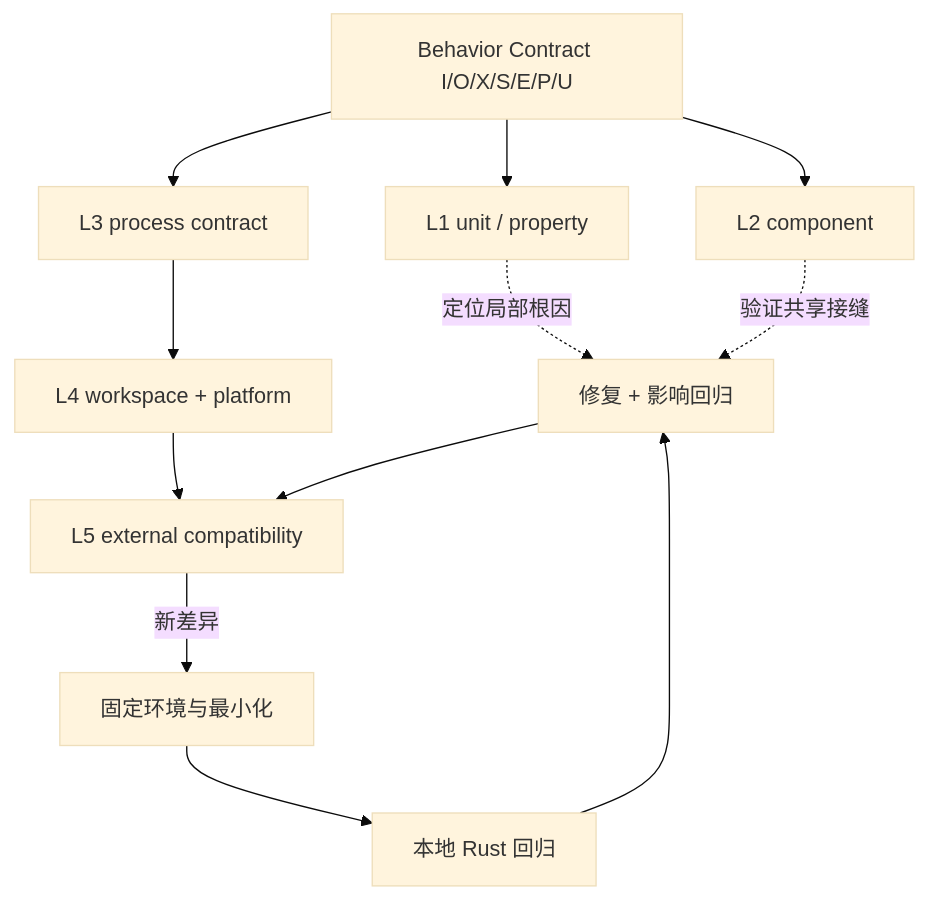
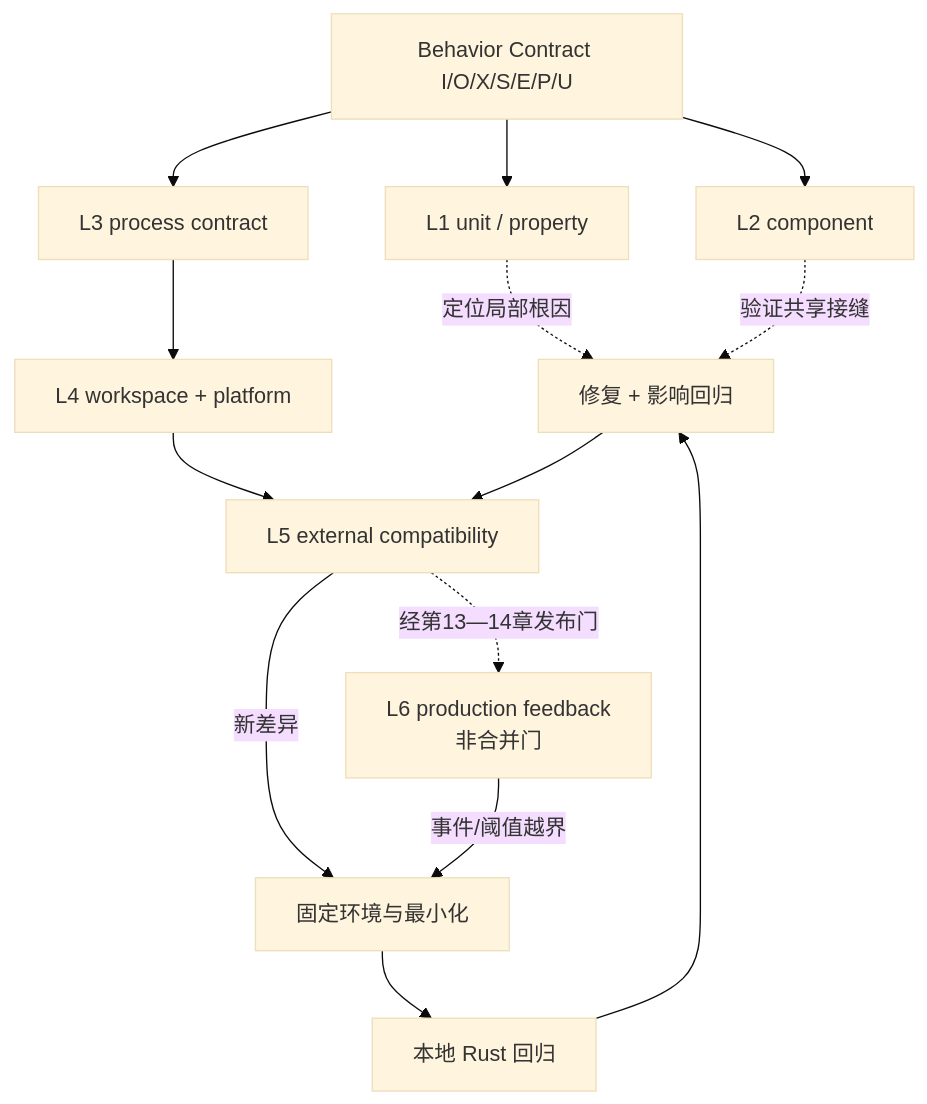
One commit to ZhangHanDong/coreutils changed the diagram in book/src/part3/ch08-test-layers.md. Above: the diagram before and after it, drawn with Mermaid (base theme). The commit also changed other lines of this file and 2 other files, not shown here.

````diff
--- a/book/src/part3/ch08-test-layers.md
+++ b/book/src/part3/ch08-test-layers.md
@@ -27,14 +28,16 @@
 ```mermaid
 flowchart TB
     K["Behavior Contract I/O/X/S/E/P/U"] --> U["L1 unit / property"]
     K --> C["L2 component"]
     K --> P["L3 process contract"]
     P --> W["L4 workspace + platform"]
     W --> X["L5 external compatibility"]
     X -->|"新差异"| T["固定环境与最小化"]
+    X -. "经第13—14章发布门" .-> D["L6 production feedback<br/>非合并门"]
+    D -->|"事件/阈值越界"| T
     T --> R["本地 Rust 回归"]
     R --> F["修复 + 影响回归"]
     F --> X
     U -. "定位局部根因" .-> F
     C -. "验证共享接缝" .-> F
 ```
````
